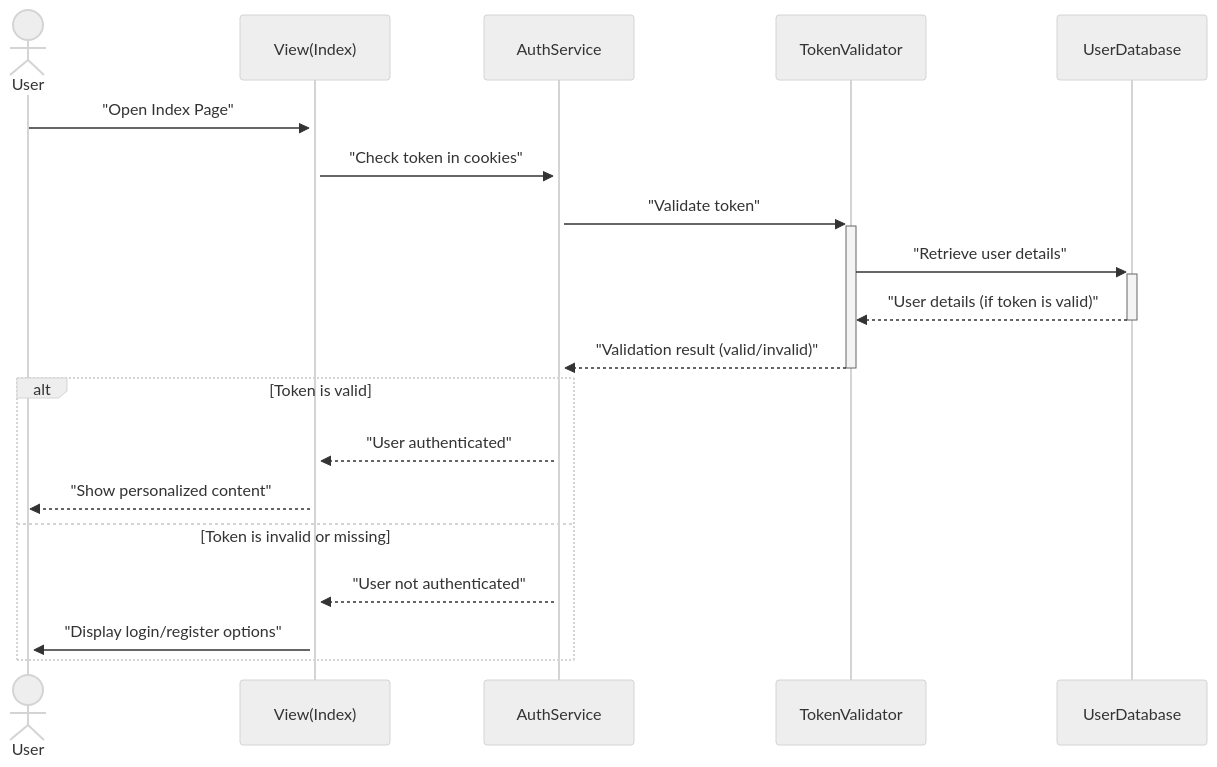
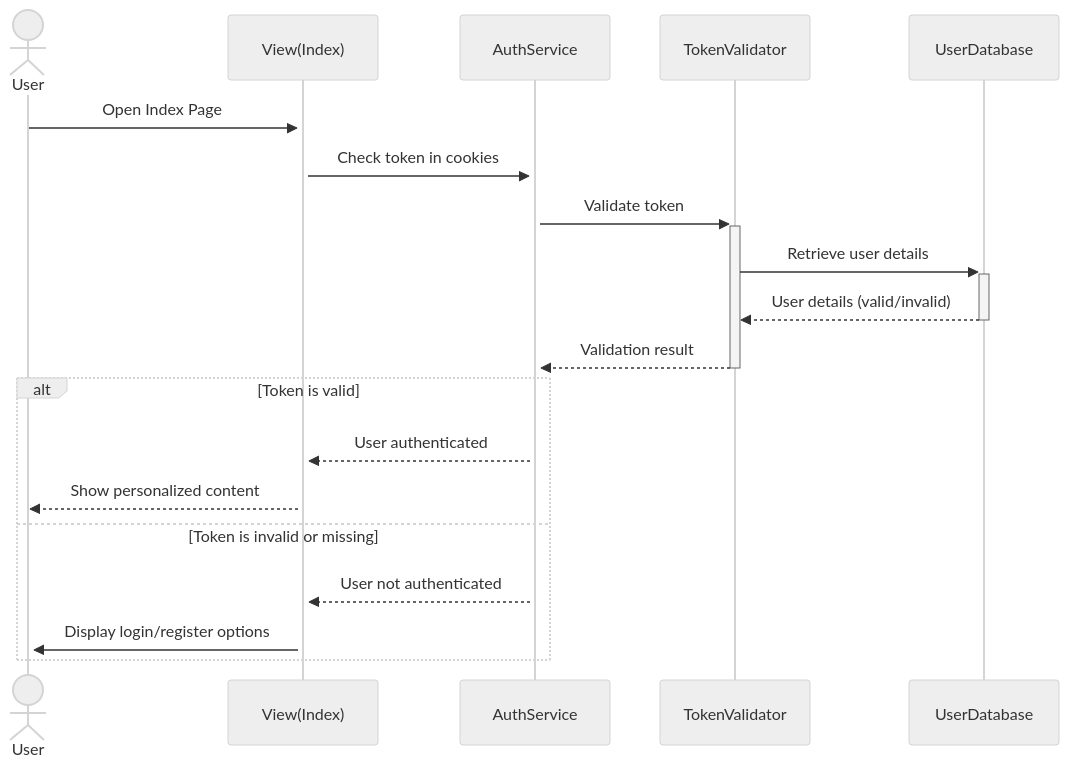
The fourth of 19 diagrams in docs/diagrams.md (ElisaRumSolberg/BookSphereAPI), drawn with Mermaid (neutral theme) before and after one commit. The commit also changed other lines of this file, not shown here.

````diff
--- a/docs/diagrams.md
+++ b/docs/diagrams.md
@@ -123,23 +122,22 @@
 ```mermaid
 sequenceDiagram
     actor User
     participant View(Index)
     participant AuthService
     participant TokenValidator
     participant UserDatabase
 
-    User ->>+ View(Index): "Open Index Page"
-    View(Index) ->>+ AuthService: "Check token in cookies"
-    AuthService ->>+ TokenValidator: "Validate token"
-    TokenValidator ->>+ UserDatabase: "Retrieve user details"
-    UserDatabase -->>- TokenValidator: "User details (if token is valid)"
-    TokenValidator -->>- AuthService: "Validation result (valid/invalid)"
+    User ->>+ View(Index): Open Index Page
+    View(Index) ->>+ AuthService: Check token in cookies
+    AuthService ->>+ TokenValidator: Validate token
+    TokenValidator ->>+ UserDatabase: Retrieve user details
+    UserDatabase -->>- TokenValidator: User details (valid/invalid)
+    TokenValidator -->>- AuthService: Validation result
     alt Token is valid
-        AuthService -->> View(Index): "User authenticated"
-        View(Index) -->> User: "Show personalized content"
+        AuthService -->> View(Index): User authenticated
+        View(Index) -->> User: Show personalized content
     else Token is invalid or missing
-        AuthService -->> View(Index): "User not authenticated"
-        View(Index) ->>+ User: "Display login/register options"
+        AuthService -->> View(Index): User not authenticated
+        View(Index) ->>+ User: Display login/register options
     end
-
- ```
+```
````
